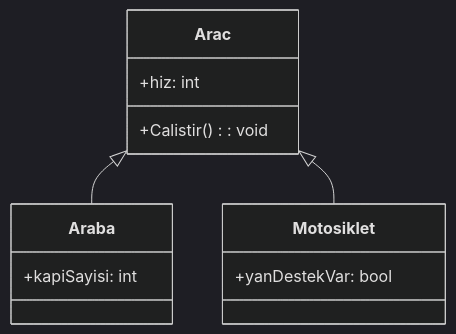
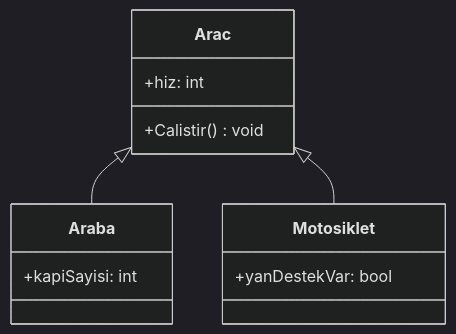
Before and after one commit to ibrahimayaz/Nesne-Yonelimli-Programlama-2025: the first of 3 diagrams in Hafta03/README.md, drawn with Mermaid (dark theme).

````diff
--- a/Hafta03/README.md
+++ b/Hafta03/README.md
@@ -18,15 +18,15 @@
 ```mermaid
 classDiagram
     class Arac {
       +hiz: int
-      +Calistir(): void
+      +Calistir() void
     }
     class Araba {
       +kapiSayisi: int
     }
     class Motosiklet {
       +yanDestekVar: bool
     }
     Arac <|-- Araba
     Arac <|-- Motosiklet
 ```
````
